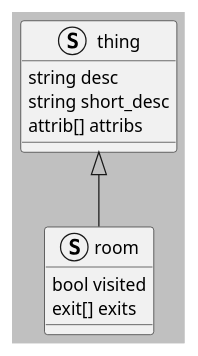
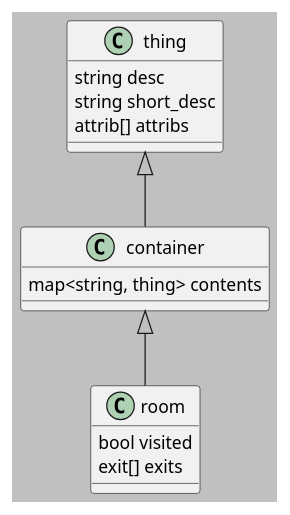
One commit to jinnturtle/ifinterp_experiments changed the diagram in DEV/things.puml. Above: the diagram before and after it, drawn with PlantUML. The commit also changed 4 other files, not shown here.

```diff
--- a/DEV/things.puml
+++ b/DEV/things.puml
@@ -1,19 +1,24 @@
 @startuml
 
 skinparam backgroundColor #c0c0c0
 
-struct thing {
+class thing {
         string desc
         string short_desc
         attrib[] attribs
 }
 
-struct room {
+class container {
+        map<string, thing> contents
+}
+
+class room {
         bool visited
         exit[] exits
 }
 
-thing <|-- room
+thing <|-- container
+container <|-- room
 
 
 @enduml
```
